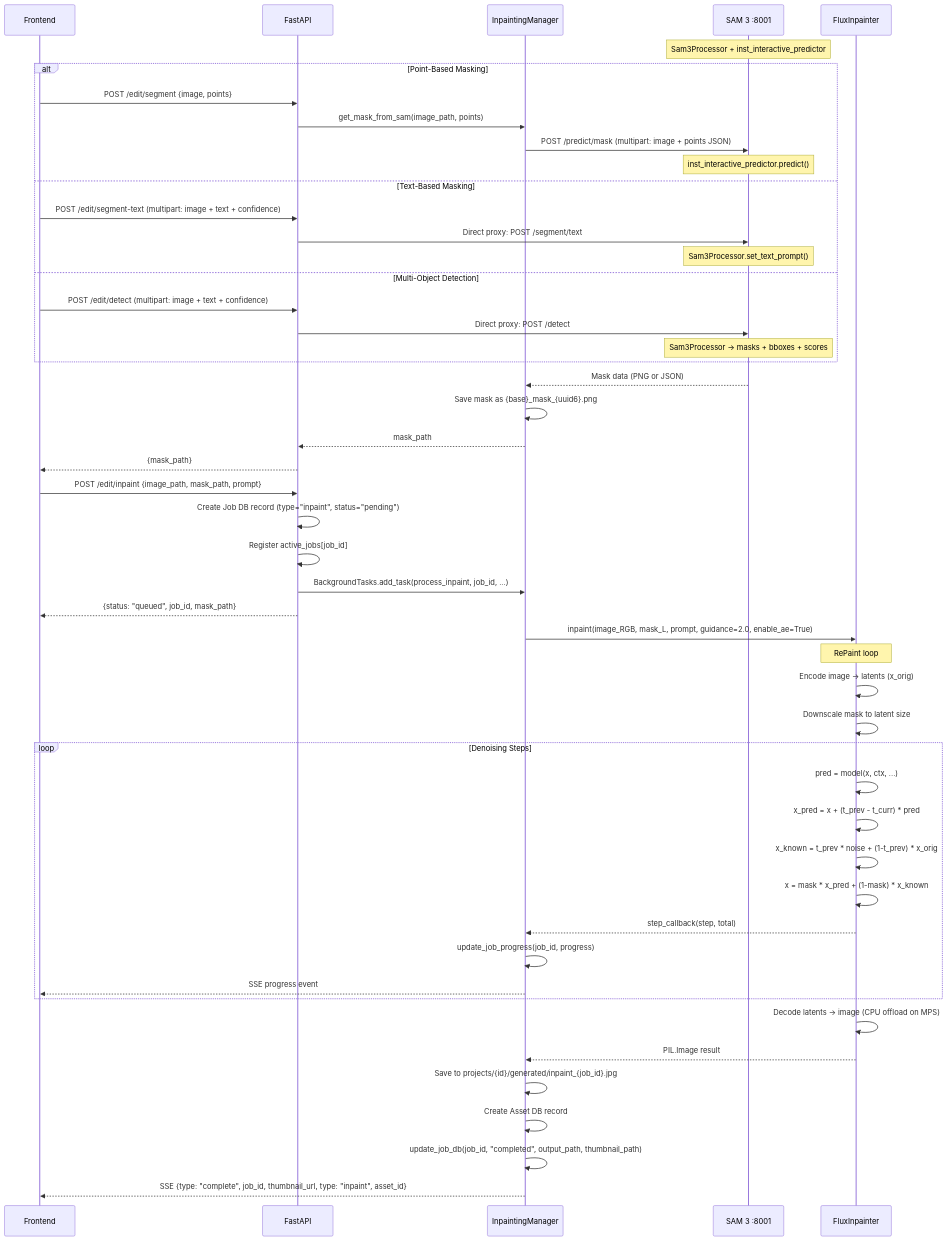
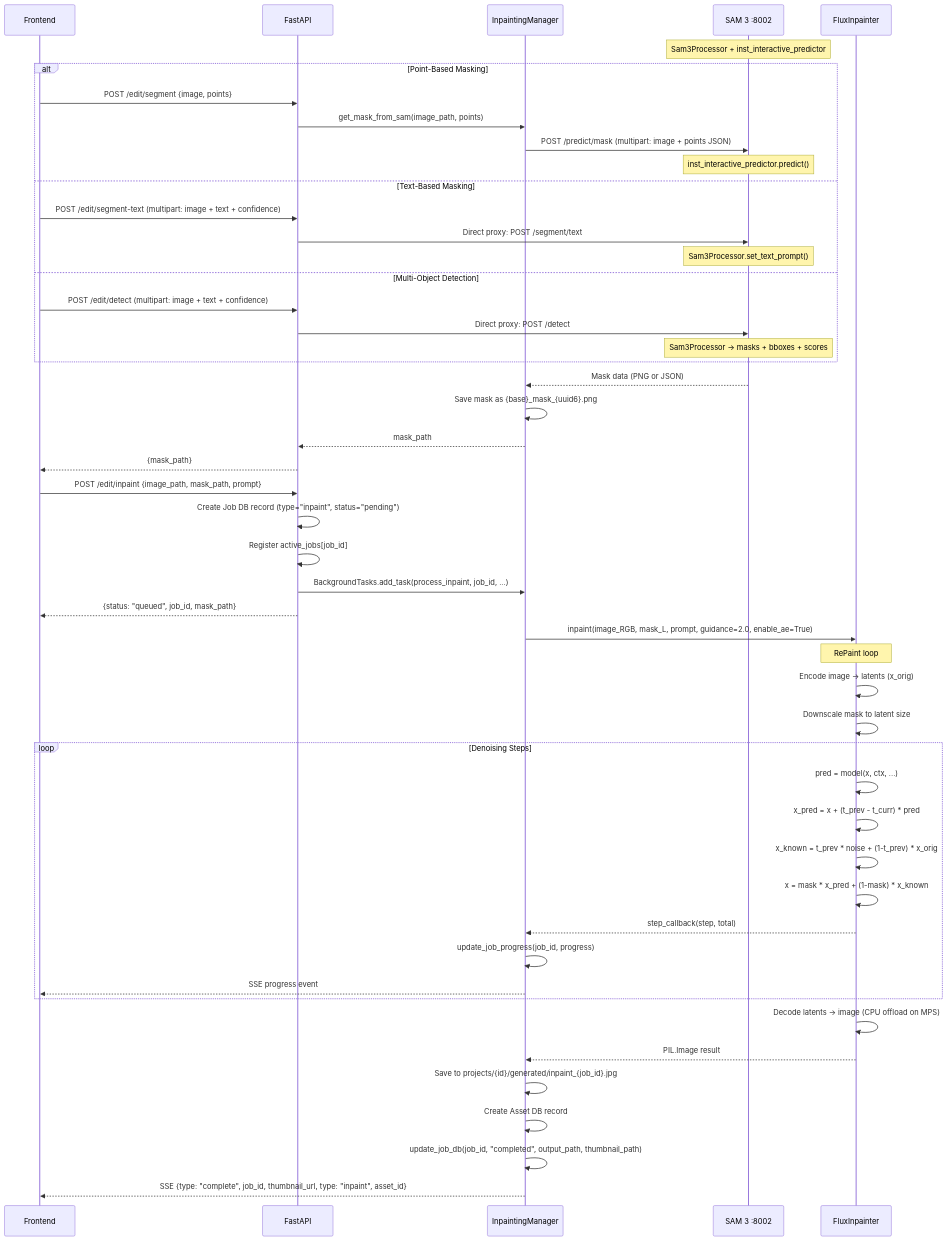
The third of 11 diagrams in docs/05_execution_flow.md (mainza-ai/milimovideo), drawn with Mermaid before and after one commit. The commit also changed 56 other files, not shown here.

````diff
--- a/docs/05_execution_flow.md
+++ b/docs/05_execution_flow.md
@@ -150,58 +150,58 @@
 ```mermaid
 sequenceDiagram
     participant UI as Frontend
     participant API as FastAPI
     participant InpMgr as InpaintingManager
-    participant SAM as SAM 3 :8001
+    participant SAM as SAM 3 :8002
     participant Flux as FluxInpainter
 
     Note over SAM: Sam3Processor + inst_interactive_predictor
 
     alt Point-Based Masking
         UI->>API: POST /edit/segment {image, points}
         API->>InpMgr: get_mask_from_sam(image_path, points)
         InpMgr->>SAM: POST /predict/mask (multipart: image + points JSON)
         Note over SAM: inst_interactive_predictor.predict()
     else Text-Based Masking
         UI->>API: POST /edit/segment-text (multipart: image + text + confidence)
         API->>SAM: Direct proxy: POST /segment/text
         Note over SAM: Sam3Processor.set_text_prompt()
     else Multi-Object Detection
         UI->>API: POST /edit/detect (multipart: image + text + confidence)
         API->>SAM: Direct proxy: POST /detect
         Note over SAM: Sam3Processor → masks + bboxes + scores
     end
 
     SAM-->>InpMgr: Mask data (PNG or JSON)
     InpMgr->>InpMgr: Save mask as {base}_mask_{uuid6}.png
     InpMgr-->>API: mask_path
     API-->>UI: {mask_path}
 
     UI->>API: POST /edit/inpaint {image_path, mask_path, prompt}
     API->>API: Create Job DB record (type="inpaint", status="pending")
     API->>API: Register active_jobs[job_id]
     API->>InpMgr: BackgroundTasks.add_task(process_inpaint, job_id, ...)
     API-->>UI: {status: "queued", job_id, mask_path}
 
     InpMgr->>Flux: inpaint(image_RGB, mask_L, prompt, guidance=2.0, enable_ae=True)
     
     Note over Flux: RePaint loop
     Flux->>Flux: Encode image → latents (x_orig)
     Flux->>Flux: Downscale mask to latent size
     loop Denoising Steps
         Flux->>Flux: pred = model(x, ctx, ...)
         Flux->>Flux: x_pred = x + (t_prev - t_curr) * pred
         Flux->>Flux: x_known = t_prev * noise + (1-t_prev) * x_orig
         Flux->>Flux: x = mask * x_pred + (1-mask) * x_known
         Flux-->>InpMgr: step_callback(step, total)
         InpMgr->>InpMgr: update_job_progress(job_id, progress)
         InpMgr-->>UI: SSE progress event
     end
     Flux->>Flux: Decode latents → image (CPU offload on MPS)
     
     Flux-->>InpMgr: PIL.Image result
     InpMgr->>InpMgr: Save to projects/{id}/generated/inpaint_{job_id}.jpg
     InpMgr->>InpMgr: Create Asset DB record
     InpMgr->>InpMgr: update_job_db(job_id, "completed", output_path, thumbnail_path)
     InpMgr-->>UI: SSE {type: "complete", job_id, thumbnail_url, type: "inpaint", asset_id}
 ```
````
